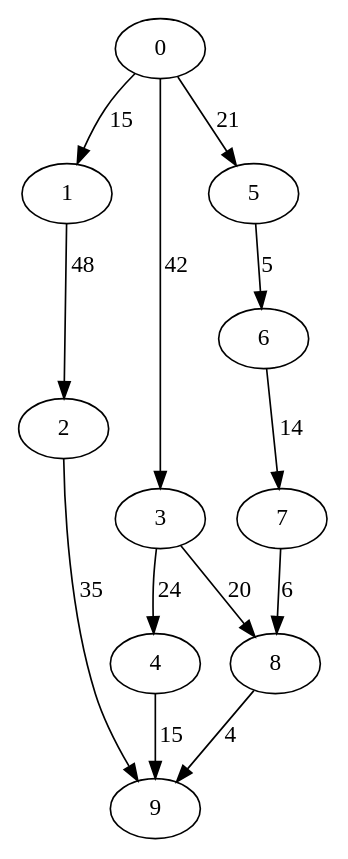
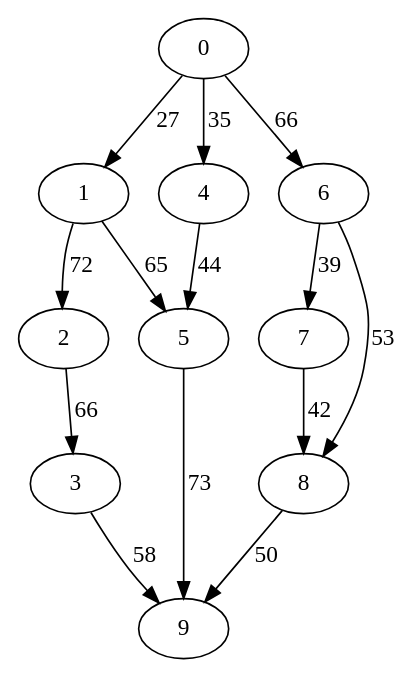
Before and after one commit to asaloniti/DagScheduling: the diagram in dotfiles/data5.dot, drawn with Graphviz. The commit also changed 27 other files, not shown here.

```diff
--- a/dotfiles/data5.dot
+++ b/dotfiles/data5.dot
@@ -1,14 +1,15 @@
 digraph data5 {
-0 -> 1 [ label = 15 ];
-0 -> 3 [ label = 42 ];
-0 -> 5 [ label = 21 ];
-1 -> 2 [ label = 48 ];
-2 -> 9 [ label = 35 ];
-3 -> 4 [ label = 24 ];
-3 -> 8 [ label = 20 ];
-4 -> 9 [ label = 15 ];
-5 -> 6 [ label = 5 ];
-6 -> 7 [ label = 14 ];
-7 -> 8 [ label = 6 ];
-8 -> 9 [ label = 4 ];
+0 -> 1 [ label = 27 ];
+0 -> 4 [ label = 35 ];
+0 -> 6 [ label = 66 ];
+1 -> 2 [ label = 72 ];
+1 -> 5 [ label = 65 ];
+2 -> 3 [ label = 66 ];
+3 -> 9 [ label = 58 ];
+4 -> 5 [ label = 44 ];
+5 -> 9 [ label = 73 ];
+6 -> 7 [ label = 39 ];
+6 -> 8 [ label = 53 ];
+7 -> 8 [ label = 42 ];
+8 -> 9 [ label = 50 ];
  }
```
